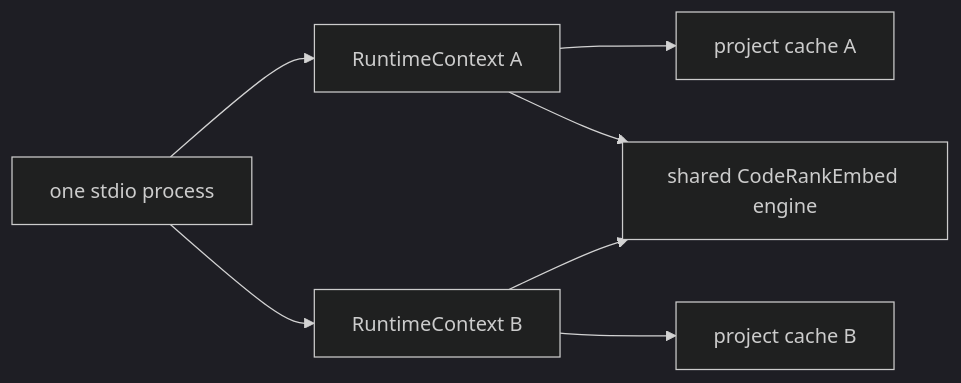
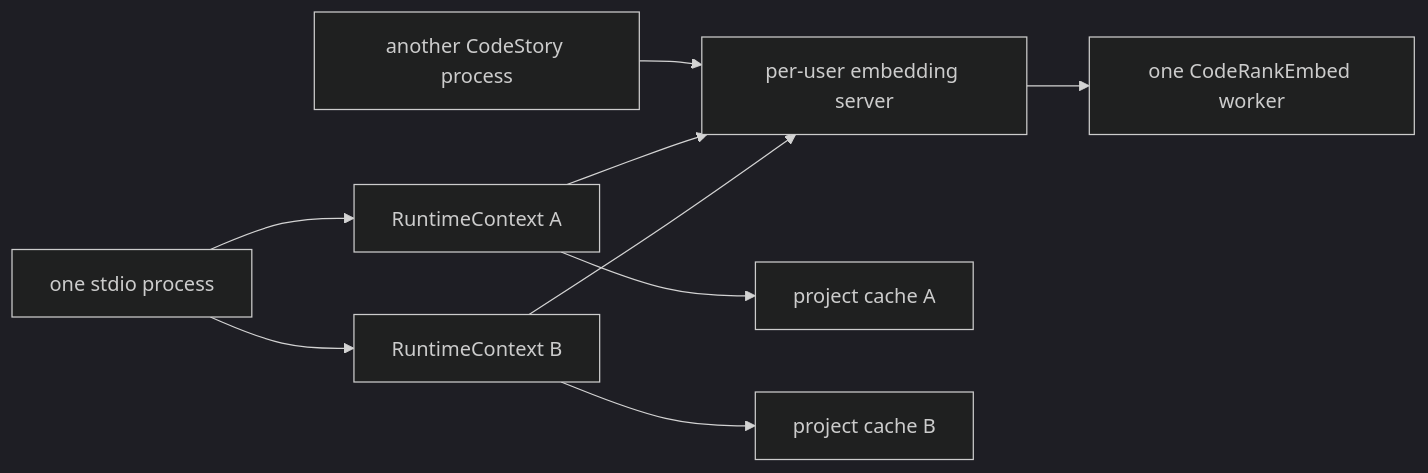
Before and after one commit to TheGreenCedar/CodeStory: the second of 2 diagrams in docs/architecture/host-integration.md, drawn with Mermaid (dark theme). The commit also changed other lines of this file and 88 other files, not shown here.

First line of the commit message:
[codex] run one per-user embedding server across CodeStory processes (#1235)

````diff
--- a/docs/architecture/host-integration.md
+++ b/docs/architecture/host-integration.md
@@ -55,9 +56,11 @@
 ```mermaid
 flowchart LR
     Stdio["one stdio process"] --> A["RuntimeContext A"]
     Stdio --> B["RuntimeContext B"]
+    Other["another CodeStory process"] --> Server
     A --> CacheA["project cache A"]
     B --> CacheB["project cache B"]
-    A --> Engine["shared CodeRankEmbed engine"]
-    B --> Engine
+    A --> Server["per-user embedding server"]
+    B --> Server
+    Server --> Engine["one CodeRankEmbed worker"]
 ```
````
